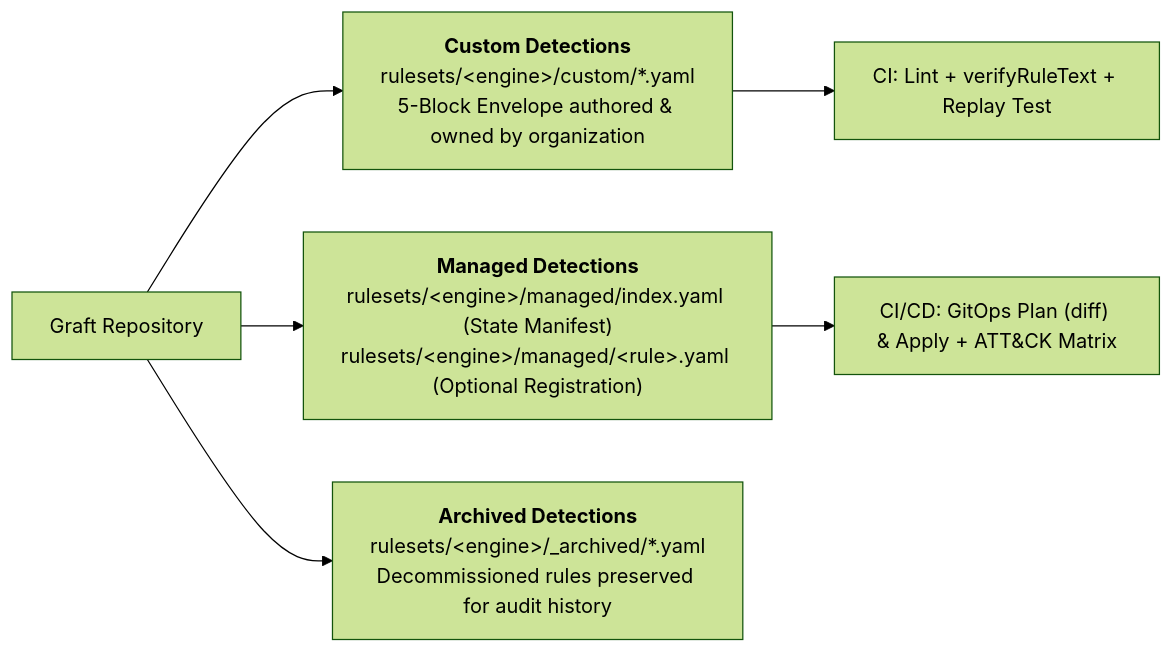
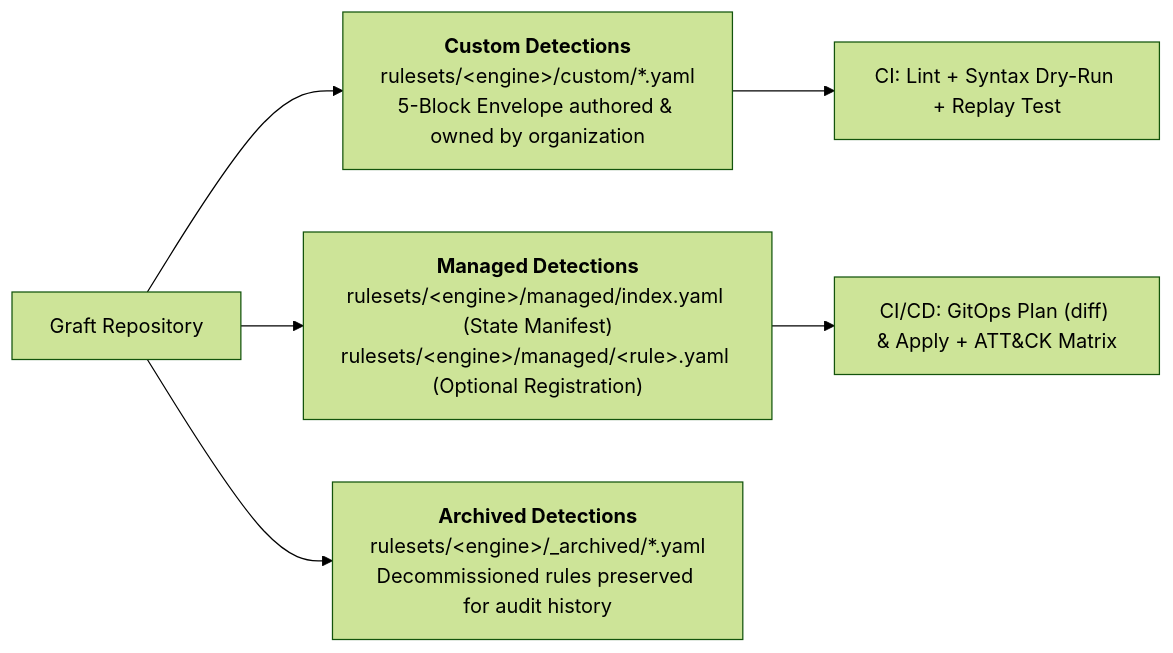
The second of 2 diagrams in docs/architecture.md (lopes/graft), drawn with Mermaid (forest theme) before and after one commit. The commit also changed other lines of this file and 37 other files, not shown here.

````diff
--- a/docs/architecture.md
+++ b/docs/architecture.md
@@ -63,9 +63,9 @@
 ```mermaid
 flowchart LR
     REPO["Graft Repository"] --> CUSTOM["<b>Custom Detections</b><br/>rulesets/&lt;engine&gt;/custom/*.yaml<br/>5-Block Envelope authored & owned by organization"]
     REPO --> MANAGED["<b>Managed Detections</b><br/>rulesets/&lt;engine&gt;/managed/index.yaml (State Manifest)<br/>rulesets/&lt;engine&gt;/managed/&lt;rule&gt;.yaml (Optional Registration)"]
     REPO --> ARCHIVED["<b>Archived Detections</b><br/>rulesets/&lt;engine&gt;/_archived/*.yaml<br/>Decommissioned rules preserved for audit history"]
 
-    CUSTOM --> VERIFY["CI: Lint + verifyRuleText + Replay Test"]
+    CUSTOM --> VERIFY["CI: Lint + Syntax Dry-Run + Replay Test"]
     MANAGED --> RECONCILE["CI/CD: GitOps Plan (diff) & Apply + ATT&CK Matrix"]
 ```
````
